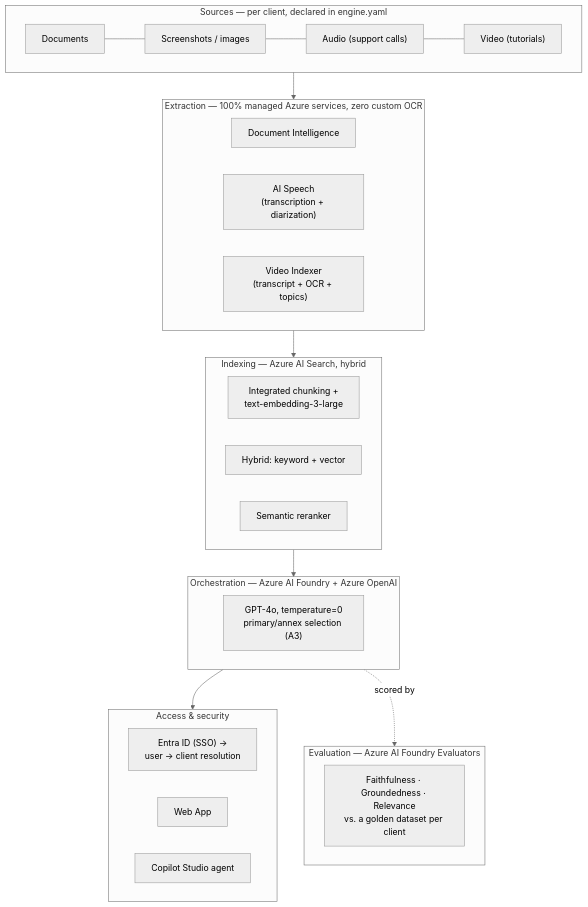
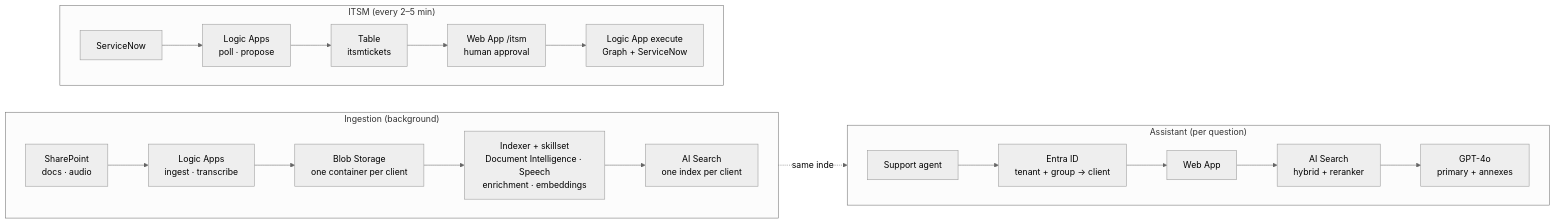
Before and after one commit to yassinebabakhouya2-bit/deterministic-itsm-engine: the diagram in README.md, drawn with Mermaid (neutral theme). The commit also changed other lines of this file and 10 other files, not shown here.

Commit message:
feat: ITSM action module (ServiceNow + Entra ID), iterative diagnostic, eval logged to Foundry; README with Azure managed services

````diff
--- a/README.md
+++ b/README.md
@@ -19,39 +22,16 @@
 ```mermaid
-flowchart TB
-  subgraph SRC["Sources — per client, declared in engine.yaml"]
+flowchart LR
+  subgraph ING["Ingestion (background)"]
     direction LR
-    D["Documents"] --- I["Screenshots / images"] --- A["Audio (support calls)"] --- V["Video (tutorials)"]
+    SP["SharePoint<br/>docs · audio"] --> LA["Logic Apps<br/>ingest · transcribe"] --> BL["Blob Storage<br/>one container per client"] --> SK["Indexer + skillset<br/>Document Intelligence · Speech<br/>enrichment · embeddings"] --> IX["AI Search<br/>one index per client"]
   end
-
-  subgraph EXT["Extraction — 100% managed Azure services, zero custom OCR"]
+  subgraph ASK["Assistant (per question)"]
     direction LR
-    DI["Document Intelligence"]
-    SP["AI Speech\n(transcription + diarization)"]
-    VI["Video Indexer\n(transcript + OCR + topics)"]
+    AG["Support agent"] --> EN["Entra ID<br/>tenant + group → client"] --> WA["Web App"] --> SR["AI Search<br/>hybrid + reranker"] --> G4["GPT-4o<br/>primary + annexes"]
   end
-
-  subgraph IDX["Indexing — Azure AI Search, hybrid"]
+  subgraph ITSM["ITSM (every 2–5 min)"]
     direction LR
-    CH["Integrated chunking +\ntext-embedding-3-large"]
-    HY["Hybrid: keyword + vector"]
-    RR["Semantic reranker"]
+    SN["ServiceNow"] --> PP["Logic Apps<br/>poll · propose"] --> TB["Table<br/>itsmtickets"] --> UI["Web App /itsm<br/>human approval"] --> EX["Logic App execute<br/>Graph + ServiceNow"]
   end
-
-  subgraph ORC["Orchestration — Azure AI Foundry + Azure OpenAI"]
-    GPT["GPT-4o, temperature=0\nprimary/annex selection (A3)"]
-  end
-
-  subgraph EVAL["Evaluation — Azure AI Foundry Evaluators"]
-    EV["Faithfulness · Groundedness · Relevance\nvs. a golden dataset per client"]
-  end
-
-  subgraph SEC["Access & security"]
-    direction LR
-    ENTRA["Entra ID (SSO) →\nuser → client resolution"]
-    WEB["Web App"]
-    COP["Copilot Studio agent"]
-  end
-
-  SRC --> EXT --> IDX --> ORC --> SEC
-  ORC -.scored by.-> EVAL
+  IX -.same index.-> SR
 ```
````
